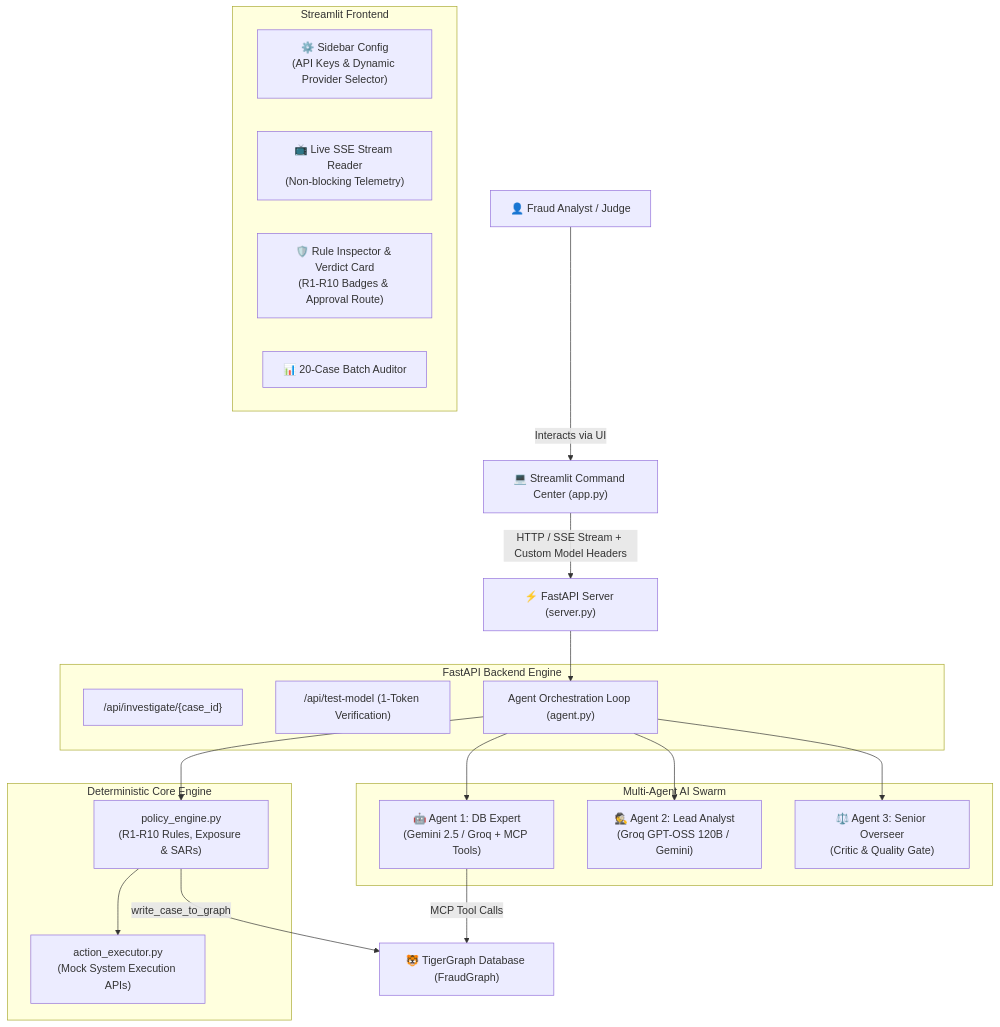
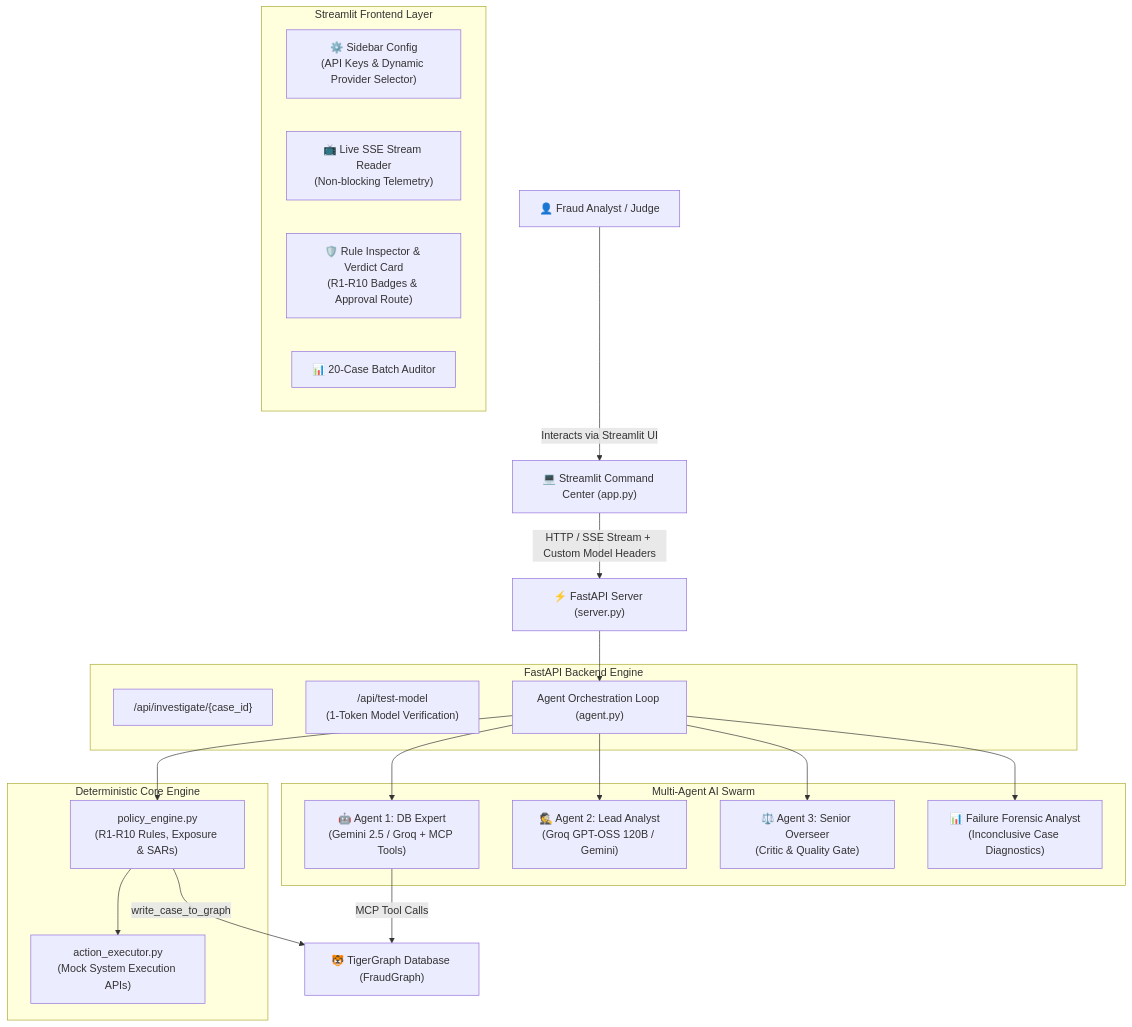
The first of 2 diagrams in README.md (KhannaSparsh0001/HayMagnet), drawn with Mermaid before and after one commit. The commit also changed other lines of this file, not shown here.

Commit message:
(readme): architecture diagram added nd feature list added

````diff
--- a/README.md
+++ b/README.md
@@ -41,39 +56,41 @@
 ```mermaid
 graph TD
-    User["👤 Fraud Analyst / Judge"] -->|Interacts via UI| App["💻 Streamlit Command Center (app.py)"]
+    User["👤 Fraud Analyst / Judge"] -->|Interacts via Streamlit UI| App["💻 Streamlit Command Center (app.py)"]
     
-    subgraph Streamlit_UI ["Streamlit Frontend"]
+    subgraph Streamlit_UI ["Streamlit Frontend Layer"]
         Sidebar["⚙️ Sidebar Config\n(API Keys & Dynamic Provider Selector)"]
         StreamReader["📺 Live SSE Stream Reader\n(Non-blocking Telemetry)"]
         Inspector["🛡️ Rule Inspector & Verdict Card\n(R1-R10 Badges & Approval Route)"]
         BatchAuditor["📊 20-Case Batch Auditor"]
     end
 
     App -->|HTTP / SSE Stream + Custom Model Headers| Server["⚡ FastAPI Server (server.py)"]
     
     subgraph Backend_Engine ["FastAPI Backend Engine"]
         Endpoint["/api/investigate/{case_id}"]
-        TestEndpoint["/api/test-model (1-Token Verification)"]
+        TestEndpoint["/api/test-model\n(1-Token Model Verification)"]
         Orchestrator["Agent Orchestration Loop (agent.py)"]
     end
 
     subgraph Agent_Swarm ["Multi-Agent AI Swarm"]
         Agent1["🤖 Agent 1: DB Expert\n(Gemini 2.5 / Groq + MCP Tools)"]
         Agent2["🕵️ Agent 2: Lead Analyst\n(Groq GPT-OSS 120B / Gemini)"]
         Agent3["⚖️ Agent 3: Senior Overseer\n(Critic & Quality Gate)"]
+        FailAnalyst["📊 Failure Forensic Analyst\n(Inconclusive Case Diagnostics)"]
     end
 
     subgraph Deterministic_Layer ["Deterministic Core Engine"]
         PolicyEng["policy_engine.py\n(R1-R10 Rules, Exposure & SARs)"]
         ActionExec["action_executor.py\n(Mock System Execution APIs)"]
     end
 
     Server --> Orchestrator
     Orchestrator --> Agent1
     Orchestrator --> Agent2
     Orchestrator --> Agent3
+    Orchestrator --> FailAnalyst
     Agent1 -->|MCP Tool Calls| TG["🐯 TigerGraph Database (FraudGraph)"]
     Orchestrator --> PolicyEng
     PolicyEng --> ActionExec
     PolicyEng -->|write_case_to_graph| TG
 ```
````
